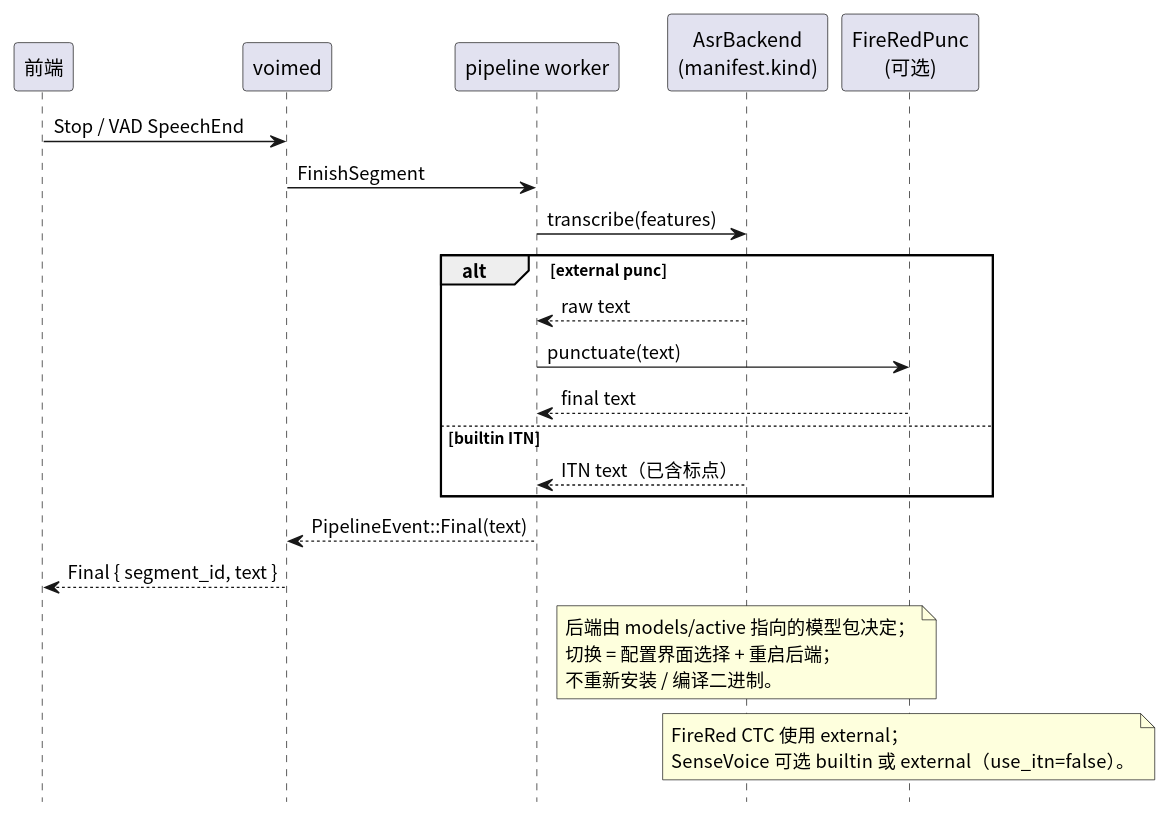
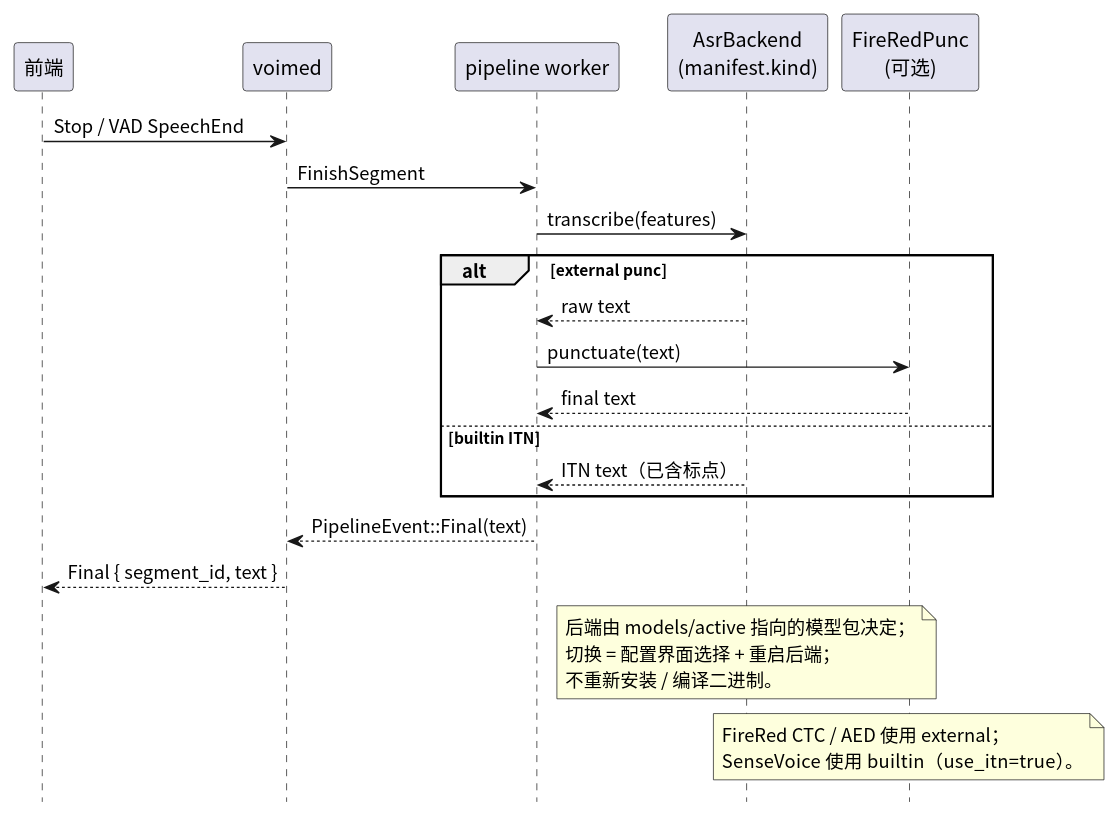
Before and after one commit to 54m43lJ/voime: the diagram in diagram/sensevoice-migration.puml, drawn with PlantUML. The commit also changed 2 other files, not shown here.

Commit message:
docs: 收敛 SenseVoice 版本并纳入 AED 与内置标点

```diff
--- a/diagram/sensevoice-migration.puml
+++ b/diagram/sensevoice-migration.puml
@@ -1,33 +1,33 @@
 @startuml
 skinparam defaultFontName "Noto Sans CJK SC"
 skinparam shadowing false
 hide footbox
 
 participant "前端" as Frontend
 participant "voimed" as Daemon
 participant "pipeline worker" as Pipeline
 participant "AsrBackend\n(manifest.kind)" as Asr
 participant "FireRedPunc\n(可选)" as Punc
 
 Frontend -> Daemon : Stop / VAD SpeechEnd
 Daemon -> Pipeline : FinishSegment
 Pipeline -> Asr : transcribe(features)
 alt external punc
   Asr --> Pipeline : raw text
   Pipeline -> Punc : punctuate(text)
   Punc --> Pipeline : final text
 else builtin ITN
   Asr --> Pipeline : ITN text（已含标点）
 end
 Pipeline --> Daemon : PipelineEvent::Final(text)
 Daemon --> Frontend : Final { segment_id, text }
 note over Asr
   后端由 models/active 指向的模型包决定；
   切换 = 配置界面选择 + 重启后端；
   不重新安装 / 编译二进制。
 end note
 note over Punc
-  FireRed CTC 使用 external；
-  SenseVoice 可选 builtin 或 external（use_itn=false）。
+  FireRed CTC / AED 使用 external；
+  SenseVoice 使用 builtin（use_itn=true）。
 end note
 @enduml
```
